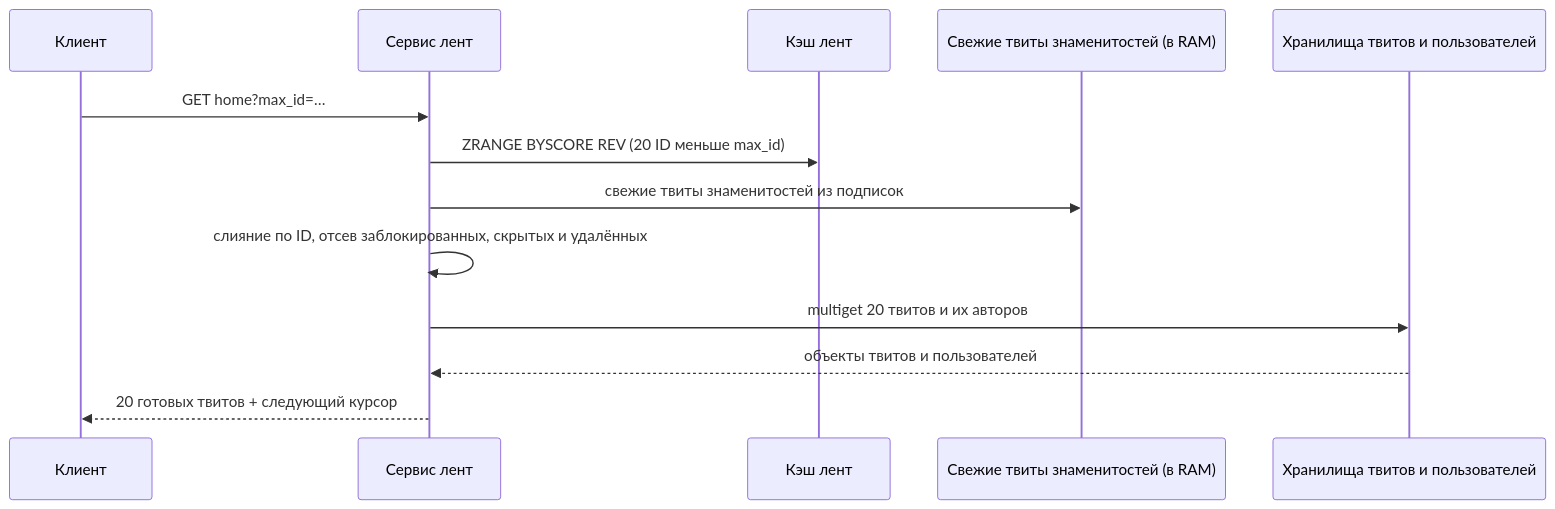
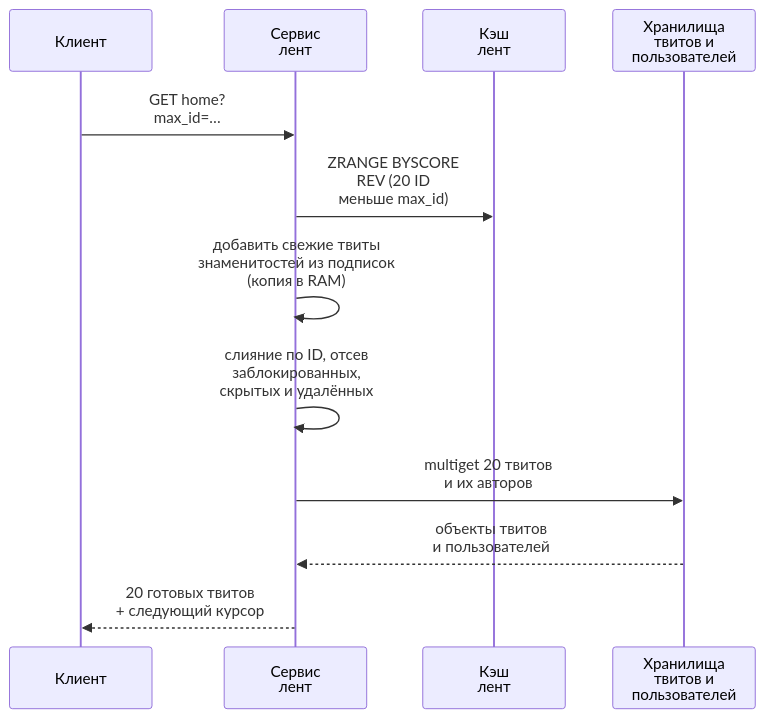
The second of 3 diagrams in src/content/docs/ru/practice/twitter-timeline.mdx (butyavk/system-design), drawn with Mermaid before and after one commit. The commit also changed other lines of this file and 144 other files, not shown here.

````diff
--- a/src/content/docs/ru/practice/twitter-timeline.mdx
+++ b/src/content/docs/ru/practice/twitter-timeline.mdx
@@ -216,15 +216,14 @@
 ```mermaid
 sequenceDiagram
   participant C as Клиент
-  participant T as Сервис лент
-  participant L as Кэш лент
-  participant R as Свежие твиты знаменитостей (в RAM)
-  participant H as Хранилища твитов и пользователей
-  C->>T: GET home?max_id=…
-  T->>L: ZRANGE BYSCORE REV (20 ID меньше max_id)
-  T->>R: свежие твиты знаменитостей из подписок
-  T->>T: слияние по ID, отсев заблокированных, скрытых и удалённых
-  T->>H: multiget 20 твитов и их авторов
-  H-->>T: объекты твитов и пользователей
-  T-->>C: 20 готовых твитов + следующий курсор
+  participant T as Сервис<br/>лент
+  participant L as Кэш<br/>лент
+  participant H as Хранилища<br/>твитов и<br/>пользователей
+  C->>T: GET home?<br/>max_id=…
+  T->>L: ZRANGE BYSCORE<br/>REV (20 ID<br/>меньше max_id)
+  T->>T: добавить свежие твиты<br/>знаменитостей из подписок<br/>(копия в RAM)
+  T->>T: слияние по ID, отсев<br/>заблокированных,<br/>скрытых и удалённых
+  T->>H: multiget 20 твитов<br/>и их авторов
+  H-->>T: объекты твитов<br/>и пользователей
+  T-->>C: 20 готовых твитов<br/>+ следующий курсор
 ```
````
